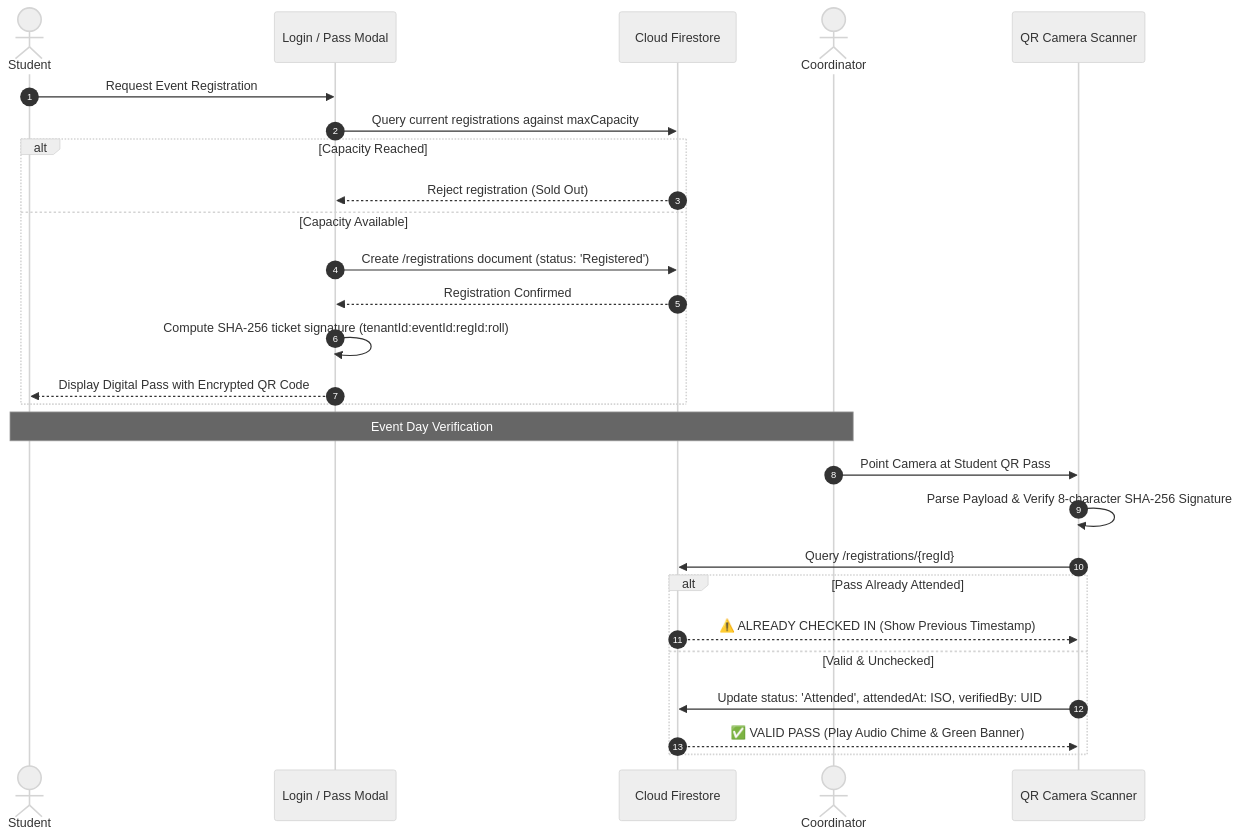
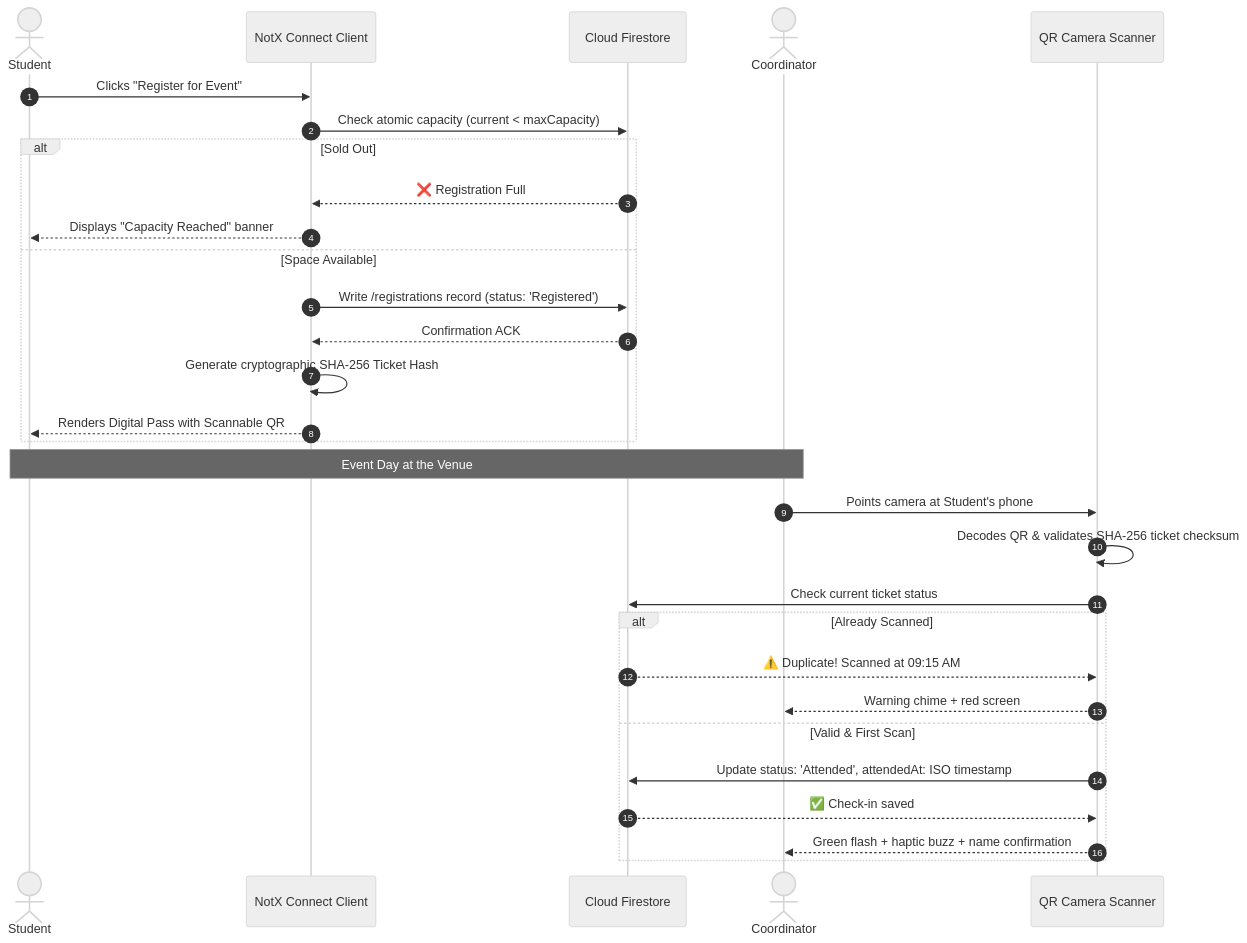
One commit to ThinkBotz/notx-saas changed the diagram in README.md. Above: the diagram before and after it, drawn with Mermaid (neutral theme). The commit also changed other lines of this file and 11 other files, not shown here.

Commit message:
feat(branding): simplify app name to NotX Connect, remove profile borders, and revamp neo-brutalist interactive README

````diff
--- a/README.md
+++ b/README.md
@@ -207,31 +180,34 @@
 ```mermaid
 sequenceDiagram
     autonumber
-    actor S as Student
-    participant UI as Login / Pass Modal
-    participant FS as Cloud Firestore
-    actor C as Coordinator
-    participant SC as QR Camera Scanner
+    actor Student
+    participant NotX as NotX Connect Client
+    participant DB as Cloud Firestore
+    actor Coordinator
+    participant Cam as QR Camera Scanner
 
-    S->>UI: Request Event Registration
-    UI->>FS: Query current registrations against maxCapacity
-    alt Capacity Reached
-        FS-->>UI: Reject registration (Sold Out)
-    else Capacity Available
-        UI->>FS: Create /registrations document (status: 'Registered')
-        FS-->>UI: Registration Confirmed
-        UI->>UI: Compute SHA-256 ticket signature (tenantId:eventId:regId:roll)
-        UI-->>S: Display Digital Pass with Encrypted QR Code
+    Student->>NotX: Clicks "Register for Event"
+    NotX->>DB: Check atomic capacity (current < maxCapacity)
+    alt Sold Out
+        DB-->>NotX: ❌ Registration Full
+        NotX-->>Student: Displays "Capacity Reached" banner
+    else Space Available
+        NotX->>DB: Write /registrations record (status: 'Registered')
+        DB-->>NotX: Confirmation ACK
+        NotX->>NotX: Generate cryptographic SHA-256 Ticket Hash
+        NotX-->>Student: Renders Digital Pass with Scannable QR
     end
 
-    Note over S,C: Event Day Verification
-    C->>SC: Point Camera at Student QR Pass
-    SC->>SC: Parse Payload & Verify 8-character SHA-256 Signature
-    SC->>FS: Query /registrations/{regId}
-    alt Pass Already Attended
-        FS-->>SC: ⚠️ ALREADY CHECKED IN (Show Previous Timestamp)
-    else Valid & Unchecked
-        SC->>FS: Update status: 'Attended', attendedAt: ISO, verifiedBy: UID
-        FS-->>SC: ✅ VALID PASS (Play Audio Chime & Green Banner)
+    Note over Student,Coordinator: Event Day at the Venue
+    Coordinator->>Cam: Points camera at Student's phone
+    Cam->>Cam: Decodes QR & validates SHA-256 ticket checksum
+    Cam->>DB: Check current ticket status
+    alt Already Scanned
+        DB-->>Cam: ⚠️ Duplicate! Scanned at 09:15 AM
+        Cam-->>Coordinator: Warning chime + red screen
+    else Valid & First Scan
+        Cam->>DB: Update status: 'Attended', attendedAt: ISO timestamp
+        DB-->>Cam: ✅ Check-in saved
+        Cam-->>Coordinator: Green flash + haptic buzz + name confirmation
     end
 ```
````
